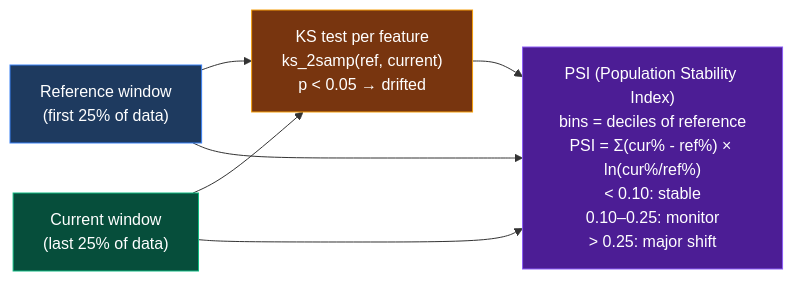
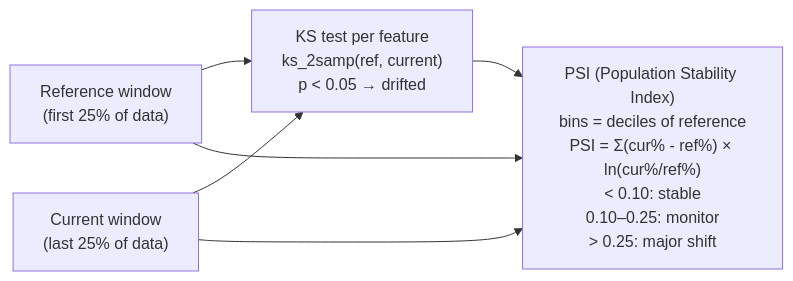
Diagram 13 of 23 in README.md (gregorizeidler/AML-multiverse-simulator), drawn with Mermaid before and after one commit. The commit also changed other lines of this file, not shown here.

Commit message:
fix: remove all custom mermaid style directives incompatible with GitHub renderer

````diff
--- a/README.md
+++ b/README.md
@@ -1059,14 +997,10 @@
 ```mermaid
 flowchart LR
-    style R fill:#1e3a5f,stroke:#3b82f6,color:#fff
-    style C fill:#064e3b,stroke:#10b981,color:#fff
-    style KS fill:#78350f,stroke:#f59e0b,color:#fff
-    style P fill:#4c1d95,stroke:#8b5cf6,color:#fff
 
     R["Reference window\n(first 25% of data)"] --> KS
     C["Current window\n(last 25% of data)"] --> KS
     KS["KS test per feature\nks_2samp(ref, current)\np < 0.05 → drifted"] --> P
     C --> P
     R --> P
     P["PSI (Population Stability Index)\nbins = deciles of reference\nPSI = Σ(cur% - ref%) × ln(cur%/ref%)\n< 0.10: stable\n0.10–0.25: monitor\n> 0.25: major shift"]
 ```
````
